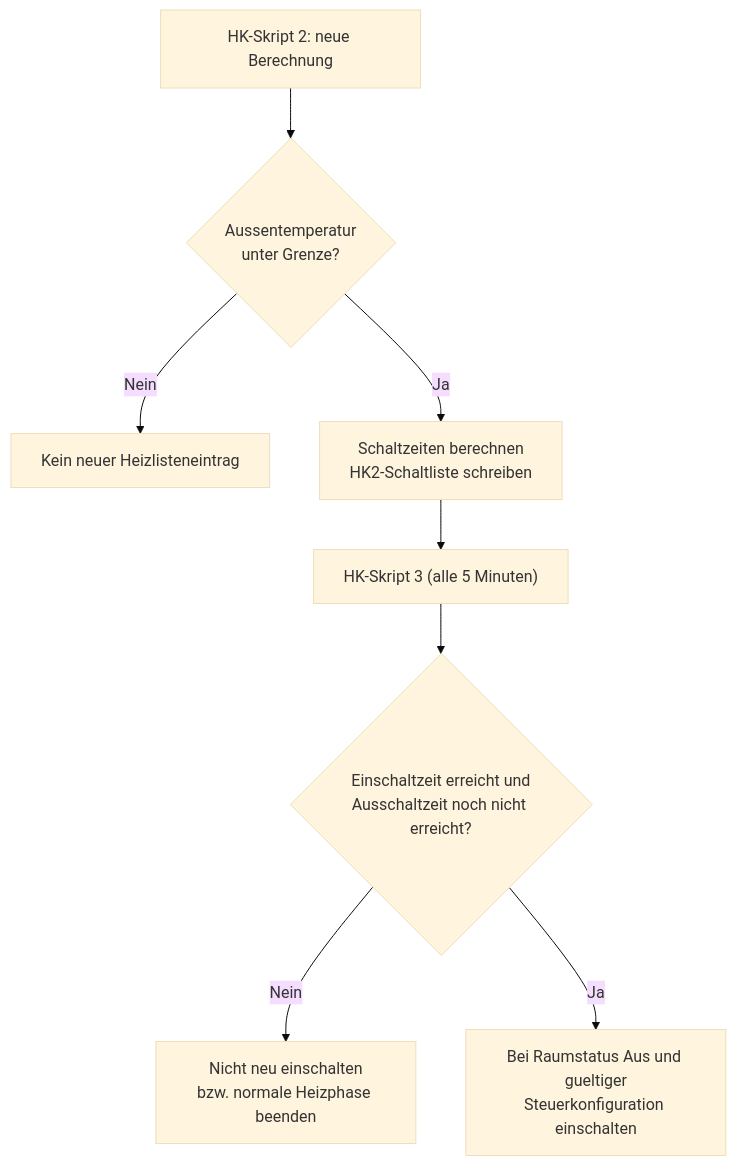
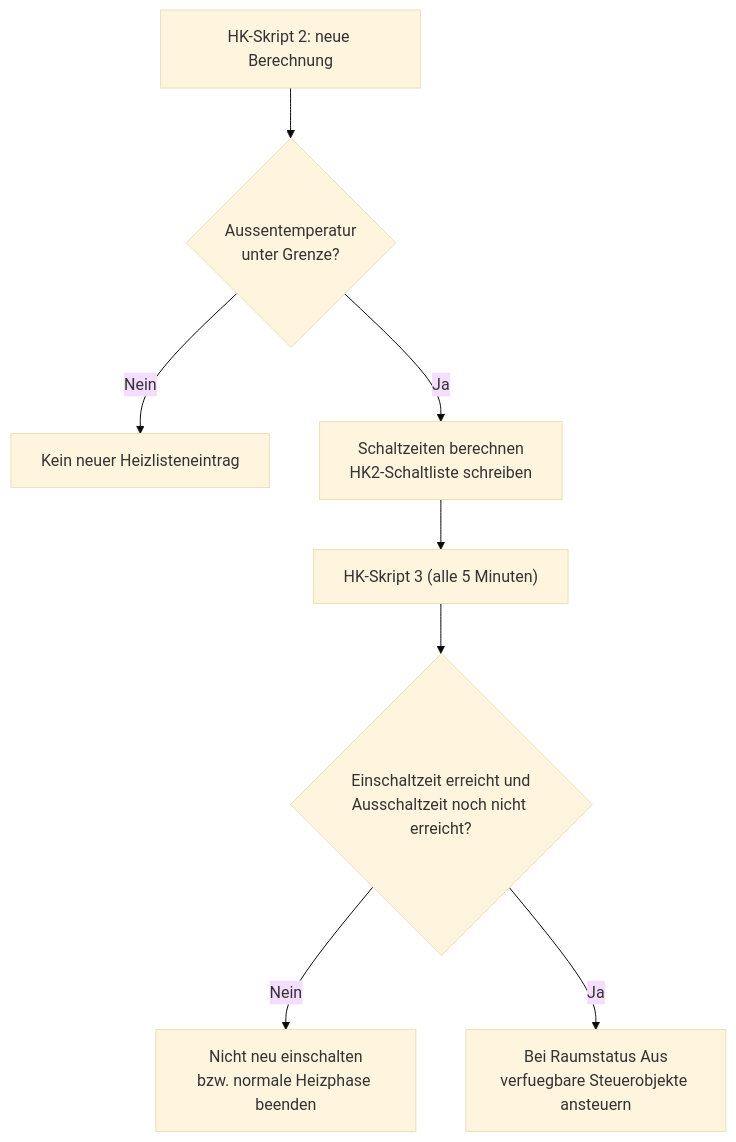
One commit to xMRi/Homematic-Heizungskalender changed the second of 2 diagrams in docs/heizkalender/anwenderhandbuch.md. Above: the diagram before and after it, drawn with Mermaid (base theme). The commit also changed 4 other files, not shown here.

````diff
--- a/docs/heizkalender/anwenderhandbuch.md
+++ b/docs/heizkalender/anwenderhandbuch.md
@@ -352,10 +352,10 @@
 ```mermaid
 flowchart TD
     Start["HK-Skript 2: neue Berechnung"] --> AT{"Aussentemperatur<br/>unter Grenze?"}
     AT -->|"Nein"| KeinEintrag["Kein neuer Heizlisteneintrag"]
     AT -->|"Ja"| Liste["Schaltzeiten berechnen<br/>HK2-Schaltliste schreiben"]
     Liste --> S3["HK-Skript 3 (alle 5 Minuten)"]
     S3 --> Zeit{"Einschaltzeit erreicht und<br/>Ausschaltzeit noch nicht erreicht?"}
     Zeit -->|"Nein"| Warten["Nicht neu einschalten<br/>bzw. normale Heizphase beenden"]
-    Zeit -->|"Ja"| Ein["Bei Raumstatus Aus und gueltiger<br/>Steuerkonfiguration einschalten"]
+    Zeit -->|"Ja"| Ein["Bei Raumstatus Aus<br/>verfuegbare Steuerobjekte ansteuern"]
 ```
````
